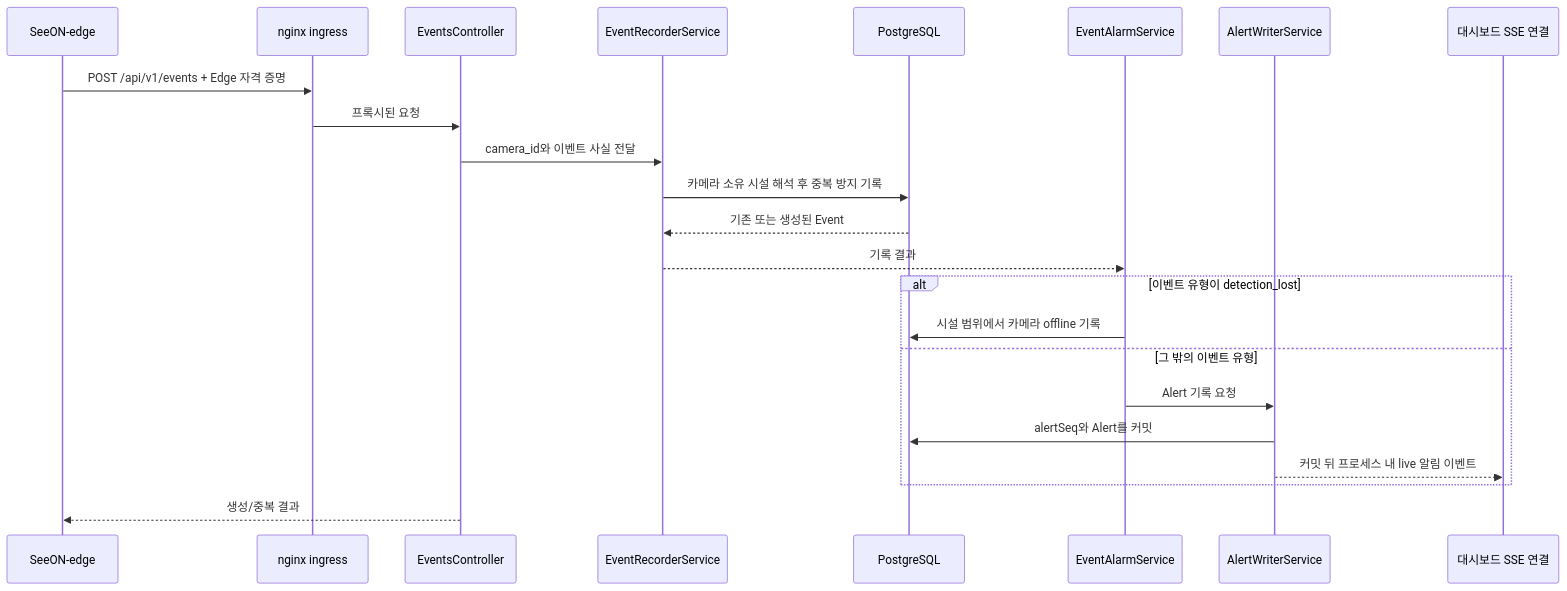
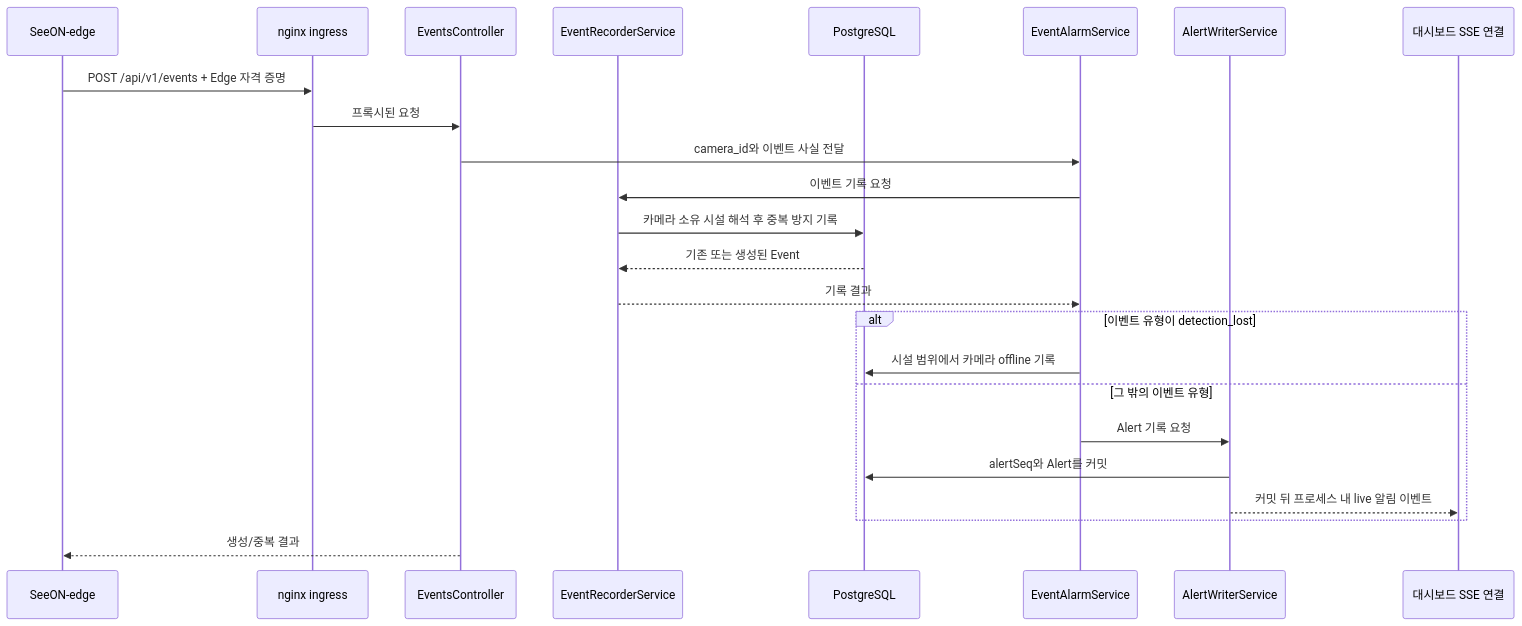
The third of 3 diagrams in docs/architecture.md (SeniorAILab/SeeON-Backend), drawn with Mermaid before and after one commit. The commit also changed 14 other files, not shown here.

````diff
--- a/docs/architecture.md
+++ b/docs/architecture.md
@@ -90,26 +90,27 @@
 ```mermaid
 sequenceDiagram
   participant E as SeeON-edge
   participant G as nginx ingress
   participant C as EventsController
   participant R as EventRecorderService
   participant DB as PostgreSQL
   participant A as EventAlarmService
   participant W as AlertWriterService
   participant S as 대시보드 SSE 연결
 
   E->>G: POST /api/v1/events + Edge 자격 증명
   G->>C: 프록시된 요청
-  C->>R: camera_id와 이벤트 사실 전달
+  C->>A: camera_id와 이벤트 사실 전달
+  A->>R: 이벤트 기록 요청
   R->>DB: 카메라 소유 시설 해석 후 중복 방지 기록
   DB-->>R: 기존 또는 생성된 Event
   R-->>A: 기록 결과
   alt 이벤트 유형이 detection_lost
     A->>DB: 시설 범위에서 카메라 offline 기록
   else 그 밖의 이벤트 유형
     A->>W: Alert 기록 요청
     W->>DB: alertSeq와 Alert를 커밋
     W-->>S: 커밋 뒤 프로세스 내 live 알림 이벤트
   end
   C-->>E: 생성/중복 결과
 ```
````
